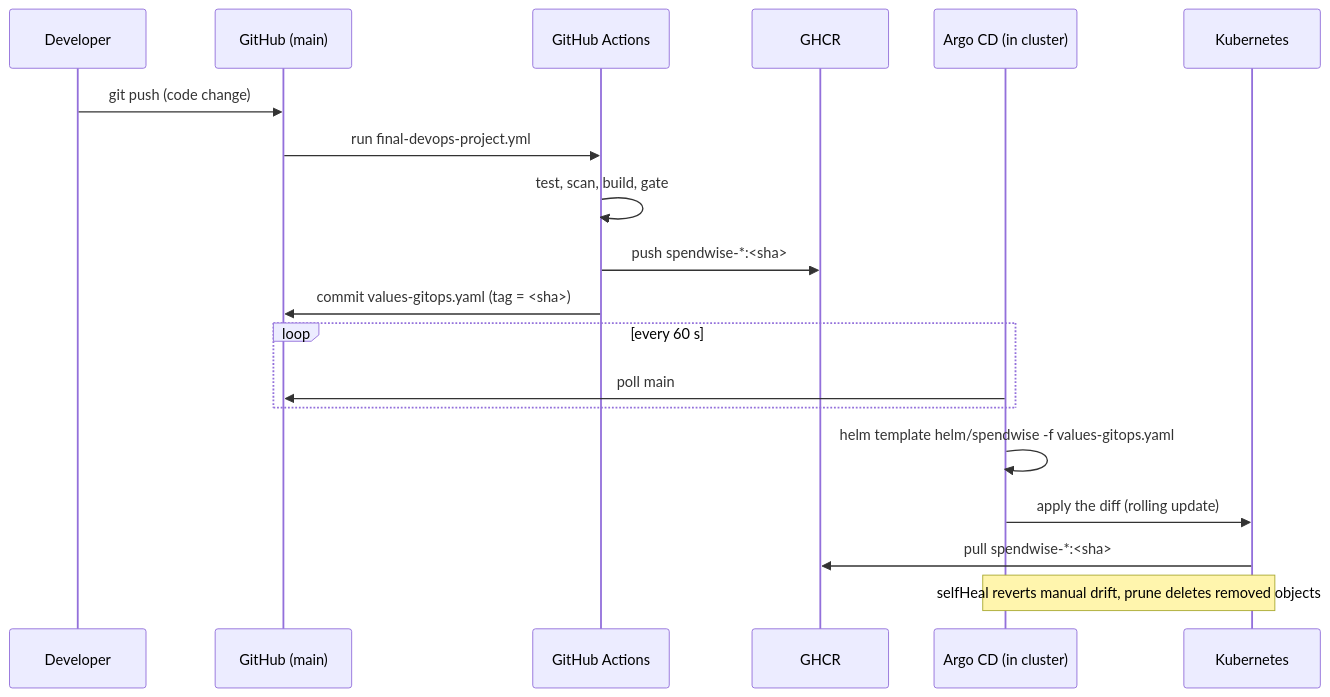
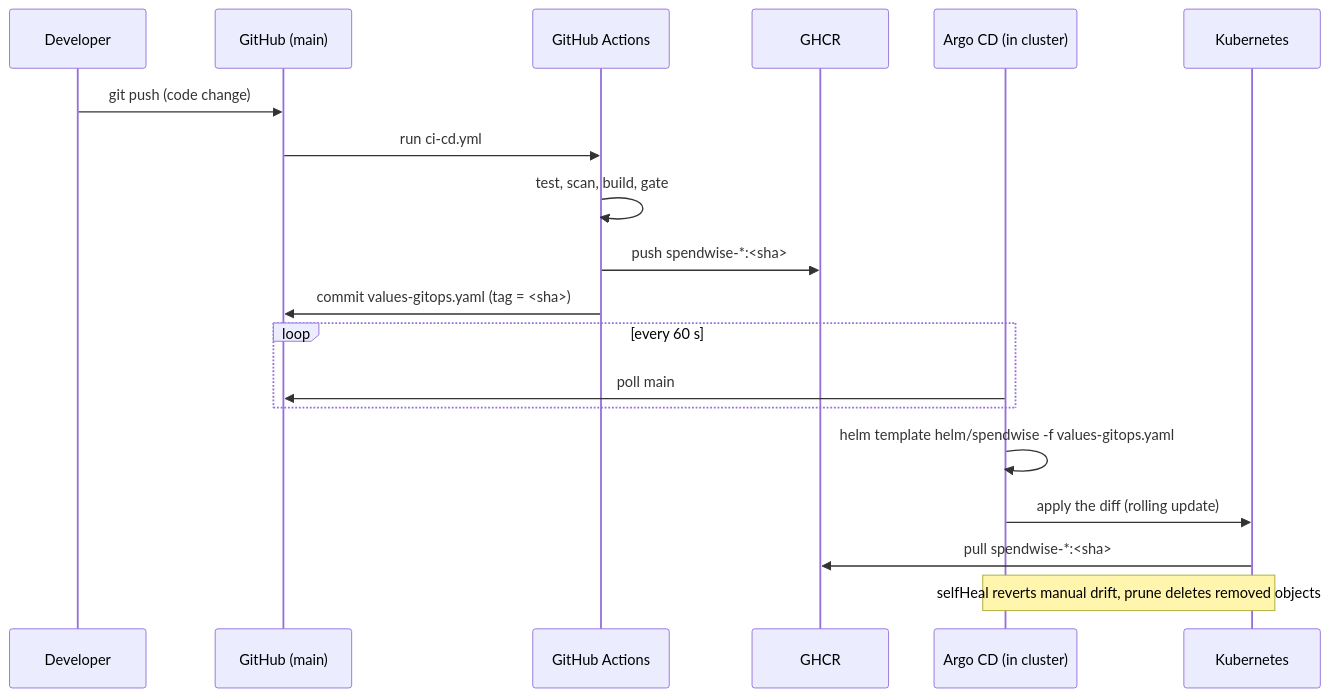
Before and after one commit to Abhinavsuri90/DevOps-Capstone: the third of 3 diagrams in README.md, drawn with Mermaid. The commit also changed other lines of this file and 4 other files, not shown here.

````diff
--- a/README.md
+++ b/README.md
@@ -585,21 +588,21 @@
 ```mermaid
 sequenceDiagram
     participant Dev as Developer
     participant GH as GitHub (main)
     participant CI as GitHub Actions
     participant REG as GHCR
     participant Argo as Argo CD (in cluster)
     participant K8s as Kubernetes
     Dev->>GH: git push (code change)
-    GH->>CI: run final-devops-project.yml
+    GH->>CI: run ci-cd.yml
     CI->>CI: test, scan, build, gate
     CI->>REG: push spendwise-*:<sha>
     CI->>GH: commit values-gitops.yaml (tag = <sha>)
     loop every 60 s
         Argo->>GH: poll main
     end
     Argo->>Argo: helm template helm/spendwise -f values-gitops.yaml
     Argo->>K8s: apply the diff (rolling update)
     K8s->>REG: pull spendwise-*:<sha>
     Note over Argo,K8s: selfHeal reverts manual drift, prune deletes removed objects
 ```
````
